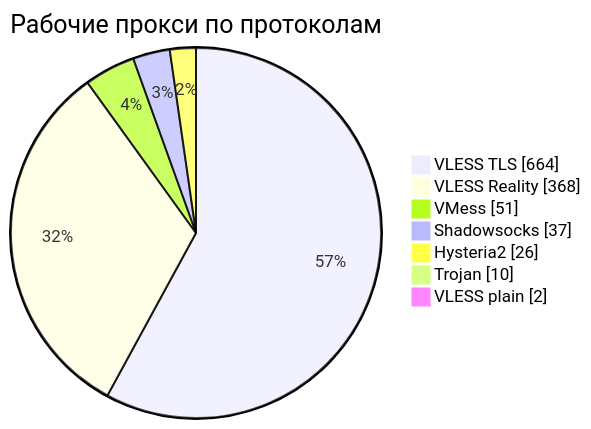
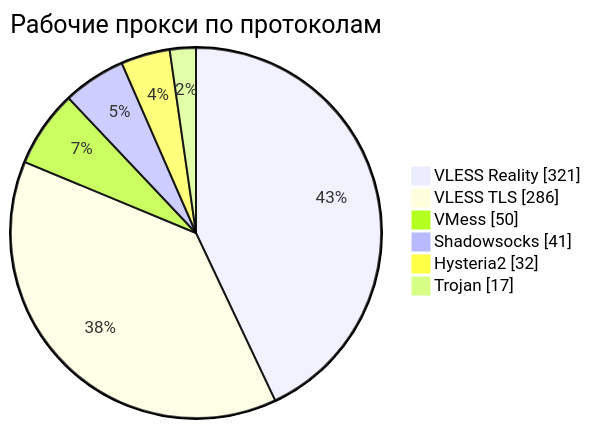
The third of 4 diagrams in README.md (rvvg/proxy-subs), drawn with Mermaid before and after one commit. The commit also changed other lines of this file and 48 other files, not shown here.

````diff
--- a/README.md
+++ b/README.md
@@ -137,11 +138,10 @@
 ```mermaid
 pie showData
     title Рабочие прокси по протоколам
-    "VLESS TLS" : 664
-    "VLESS Reality" : 368
-    "VMess" : 51
-    "Shadowsocks" : 37
-    "Hysteria2" : 26
-    "Trojan" : 10
-    "VLESS plain" : 2
+    "VLESS Reality" : 321
+    "VLESS TLS" : 286
+    "VMess" : 50
+    "Shadowsocks" : 41
+    "Hysteria2" : 32
+    "Trojan" : 17
 ```
````
